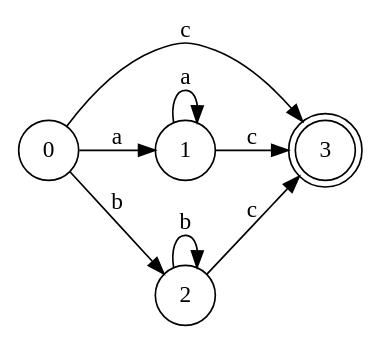
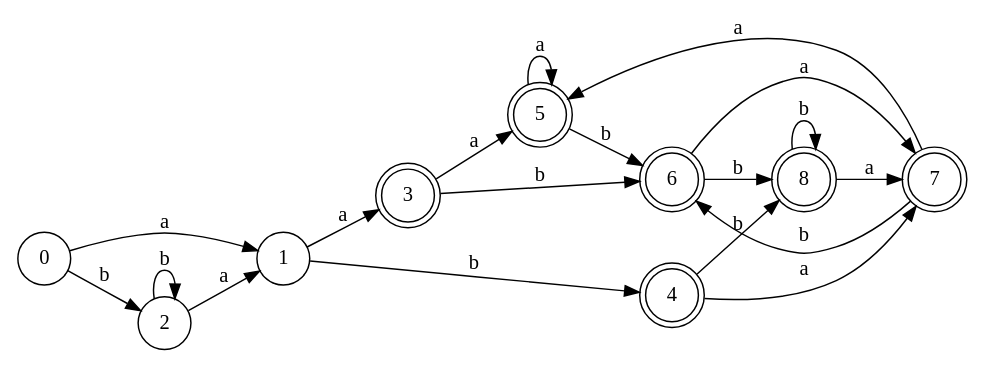
The diagram in fsam.gv (gusta257/Compis1), drawn with Graphviz before and after one commit. The commit also changed 10 other files, not shown here.

```diff
--- a/fsam.gv
+++ b/fsam.gv
@@ -1,19 +1,51 @@
 digraph finite_state_machine {
 	rankdir=LR size="8,5"
 	node [shape=doublecircle]
 	3
+	node [shape=doublecircle]
+	5
+	node [shape=doublecircle]
+	6
+	node [shape=doublecircle]
+	4
+	node [shape=doublecircle]
+	7
+	node [shape=doublecircle]
+	8
 	node [shape=circle]
 	0 -> 1 [label=a]
 	node [shape=circle]
 	0 -> 2 [label=b]
 	node [shape=circle]
-	0 -> 3 [label=c]
+	1 -> 3 [label=a]
 	node [shape=circle]
-	1 -> 1 [label=a]
+	1 -> 4 [label=b]
 	node [shape=circle]
-	1 -> 3 [label=c]
+	2 -> 1 [label=a]
 	node [shape=circle]
 	2 -> 2 [label=b]
 	node [shape=circle]
-	2 -> 3 [label=c]
+	3 -> 5 [label=a]
+	node [shape=circle]
+	3 -> 6 [label=b]
+	node [shape=circle]
+	4 -> 7 [label=a]
+	node [shape=circle]
+	4 -> 8 [label=b]
+	node [shape=circle]
+	5 -> 5 [label=a]
+	node [shape=circle]
+	5 -> 6 [label=b]
+	node [shape=circle]
+	6 -> 7 [label=a]
+	node [shape=circle]
+	6 -> 8 [label=b]
+	node [shape=circle]
+	7 -> 5 [label=a]
+	node [shape=circle]
+	7 -> 6 [label=b]
+	node [shape=circle]
+	8 -> 7 [label=a]
+	node [shape=circle]
+	8 -> 8 [label=b]
 }
```
